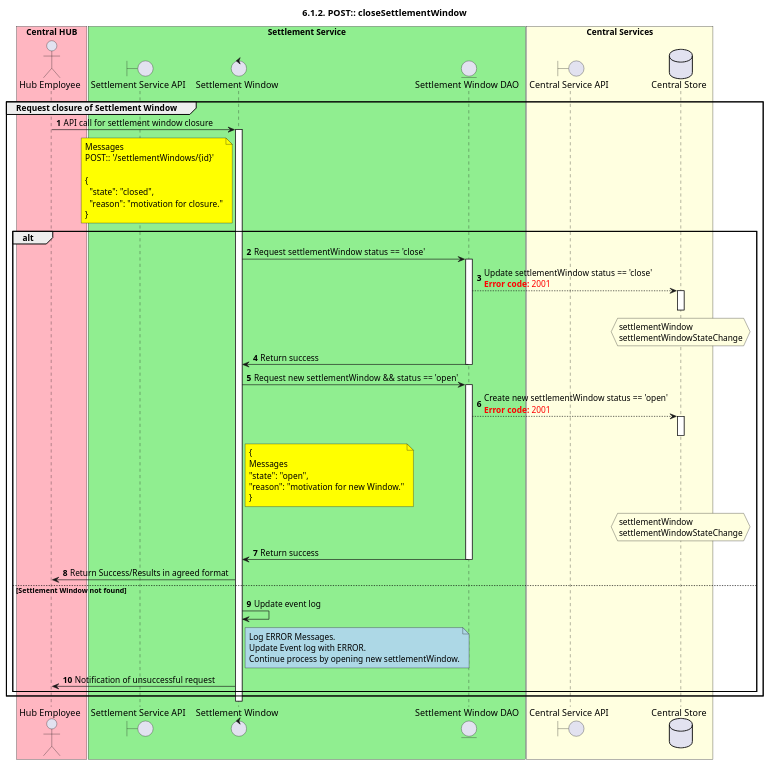
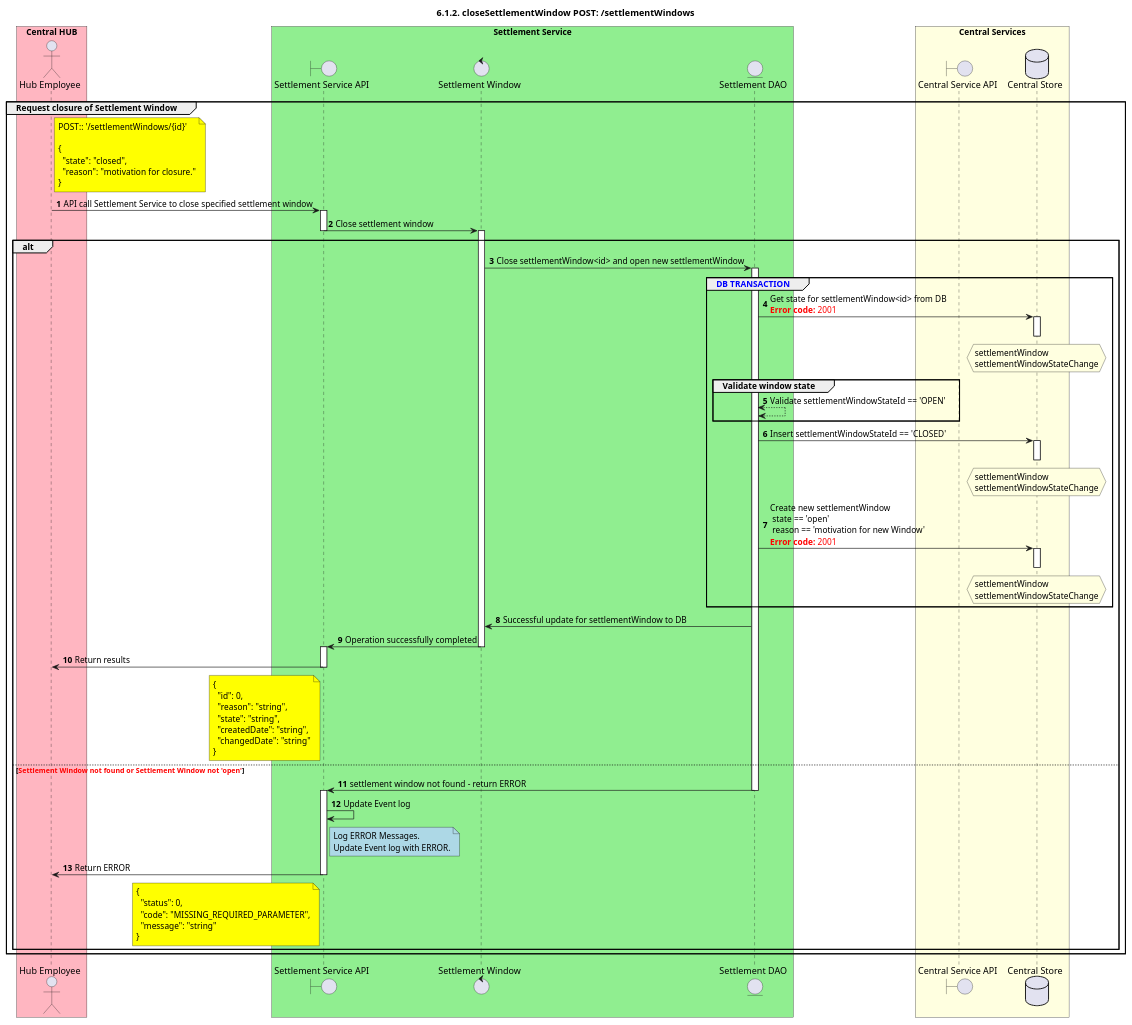
One commit to HenkKodde/docs changed the diagram in CentralServices/seq_diagrams/seq-settleWindow-6.2.1.plantuml. Above: the diagram before and after it, drawn with PlantUML. The commit also changed 5 other files, not shown here.

Commit message:
Commit sequence diarams so implementations can start. v2.0

```diff
--- a/CentralServices/seq_diagrams/seq-settleWindow-6.2.1.plantuml
+++ b/CentralServices/seq_diagrams/seq-settleWindow-6.2.1.plantuml
@@ -1,92 +1,118 @@
 @startuml
 ' declate title
-title 6.1.2. POST:: closeSettlementWindow
+title 6.1.2. closeSettlementWindow POST: /settlementWindows
 
 autonumber
 
 ' Actor Keys:
 
 ' declare actors
 
 actor "Hub Employee" as OPERATOR
 
 boundary "Settlement Service API" as SSAPI
 control "Settlement Window" as SETTLEWINDOW
-entity "Settlement Window DAO" as SETTLEWINDOW_DAO
+entity "Settlement DAO" as SETTLE_DAO
 
 boundary "Central Service API" as CSAPI
 database "Central Store" as DB
 
 box "Central HUB" #LightPink
     participant OPERATOR
 end box
 
 box "Settlement Service" #LightGreen
     participant SSAPI
     participant SETTLEWINDOW
-    participant SETTLEWINDOW_DAO
+    participant SETTLE_DAO
 end box
 
 box "Central Services" #LightYellow
     participant CSAPI
     participant DB
 end box
 
 ' start flow
 
 group Request closure of Settlement Window
-    OPERATOR -> SETTLEWINDOW: API call for settlement window closure
-    note left of SETTLEWINDOW #Yellow
-        Messages
+    note right of OPERATOR #Yellow
         POST:: '/settlementWindows/{id}'
 
         {
           "state": "closed",
           "reason": "motivation for closure."
         }
     end note
-
+    OPERATOR -> SSAPI: API call Settlement Service to close specified settlement window
+    activate SSAPI
+    SSAPI -> SETTLEWINDOW: Close settlement window
+    deactivate SSAPI
     activate SETTLEWINDOW
     alt
-    SETTLEWINDOW -> SETTLEWINDOW_DAO: Request settlementWindow status == 'close'
-    activate SETTLEWINDOW_DAO
-        SETTLEWINDOW_DAO --> DB: Update settlementWindow status == 'close' \n<color #FF0000><b>Error code:</b> 2001</color>
-    activate DB
-        hnote over DB #LightYellow
-        settlementWindow
-        settlementWindowStateChange
-        end hnote
-    deactivate DB
-    SETTLEWINDOW <- SETTLEWINDOW_DAO: Return success
-    deactivate SETTLEWINDOW_DAO
+        SETTLEWINDOW -> SETTLE_DAO: Close settlementWindow<id> and open new settlementWindow
+        activate SETTLE_DAO
+        group <color #blue>DB TRANSACTION</color>
+            SETTLE_DAO -> DB: Get state for settlementWindow<id> from DB \n<color #FF0000><b>Error code:</b> 2001</color>
+            activate DB
+            hnote over DB #LightYellow
+                settlementWindow
+                settlementWindowStateChange
+            end hnote
+            deactivate DB
+            group Validate window state
+                SETTLE_DAO <--> SETTLE_DAO: Validate settlementWindowStateId == 'OPEN'
+            end
+                SETTLE_DAO -> DB: Insert settlementWindowStateId == 'CLOSED'
+            activate DB
+                hnote over DB #LightYellow
+                settlementWindow
+                settlementWindowStateChange
+                end hnote
+            deactivate DB
 
-    SETTLEWINDOW -> SETTLEWINDOW_DAO: Request new settlementWindow && status == 'open'
-    activate SETTLEWINDOW_DAO
-        SETTLEWINDOW_DAO --> DB: Create new settlementWindow status == 'open' \n<color #FF0000><b>Error code:</b> 2001</color>
-    activate DB
-        note right of SETTLEWINDOW #Yellow
+            SETTLE_DAO -> DB: Create new settlementWindow \n state == 'open'\n reason == 'motivation for new Window' \n<color #FF0000><b>Error code:</b> 2001</color>
+            activate DB
+                hnote over DB #LightYellow
+                settlementWindow
+                settlementWindowStateChange
+                end hnote
+            deactivate DB
+        end
+        SETTLEWINDOW <- SETTLE_DAO: Successful update for settlementWindow to DB
+'        deactivate SETTLE_DAO
+    SSAPI <- SETTLEWINDOW: Operation successfully completed
+    deactivate SETTLEWINDOW
+    activate SSAPI
+    OPERATOR <- SSAPI: Return results
+        note left of SSAPI #Yellow
         {
-        Messages
-        "state": "open",
-        "reason": "motivation for new Window."
+          "id": 0,
+          "reason": "string",
+          "state": "string",
+          "createdDate": "string",
+          "changedDate": "string"
         }
         end note
-        hnote over DB #LightYellow
-        settlementWindow
-        settlementWindowStateChange
-        end hnote
-    deactivate DB
-    SETTLEWINDOW <- SETTLEWINDOW_DAO: Return success
-    deactivate SETTLEWINDOW_DAO
-    OPERATOR <- SETTLEWINDOW: Return Success/Results in agreed format
-    else Settlement Window not found
-    SETTLEWINDOW -> SETTLEWINDOW: Update event log
-        note right of SETTLEWINDOW #LightBlue
+    deactivate SSAPI
+    else <color #FF0000><b>Settlement Window not found or Settlement Window not 'open'</b></color>
+
+    SETTLE_DAO -> SSAPI: settlement window not found - return ERROR
+    deactivate SETTLE_DAO
+    activate SSAPI
+    SSAPI -> SSAPI: Update Event log
+    note right of SSAPI #LightBlue
         Log ERROR Messages.
         Update Event log with ERROR.
-        Continue process by opening new settlementWindow.
-        end note
-    OPERATOR <- SETTLEWINDOW: Notification of unsuccessful request
+    end note
+    OPERATOR <- SSAPI: Return ERROR
+    note left of SSAPI #Yellow
+        {
+          "status": 0,
+          "code": "MISSING_REQUIRED_PARAMETER",
+          "message": "string"
+        }
+    end note
+    deactivate SSAPI
     end
 end
 @enduml
```
